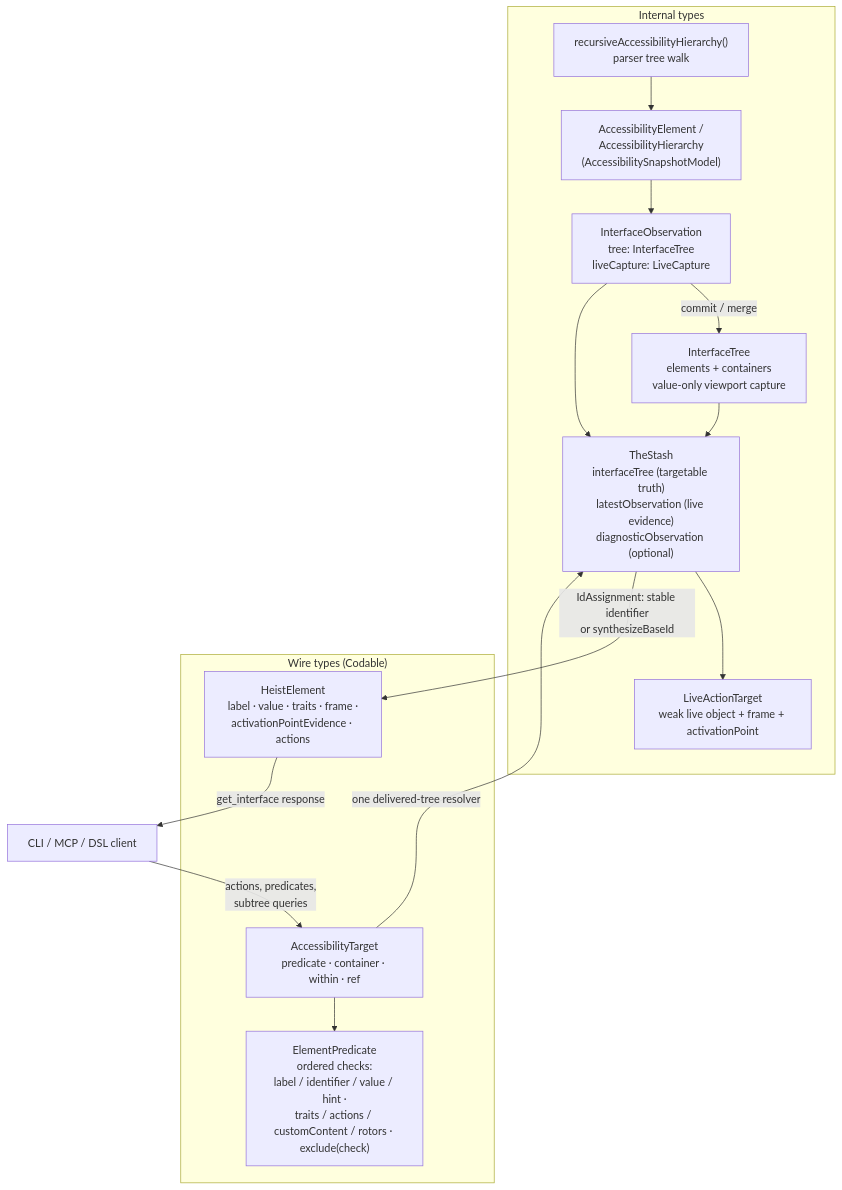
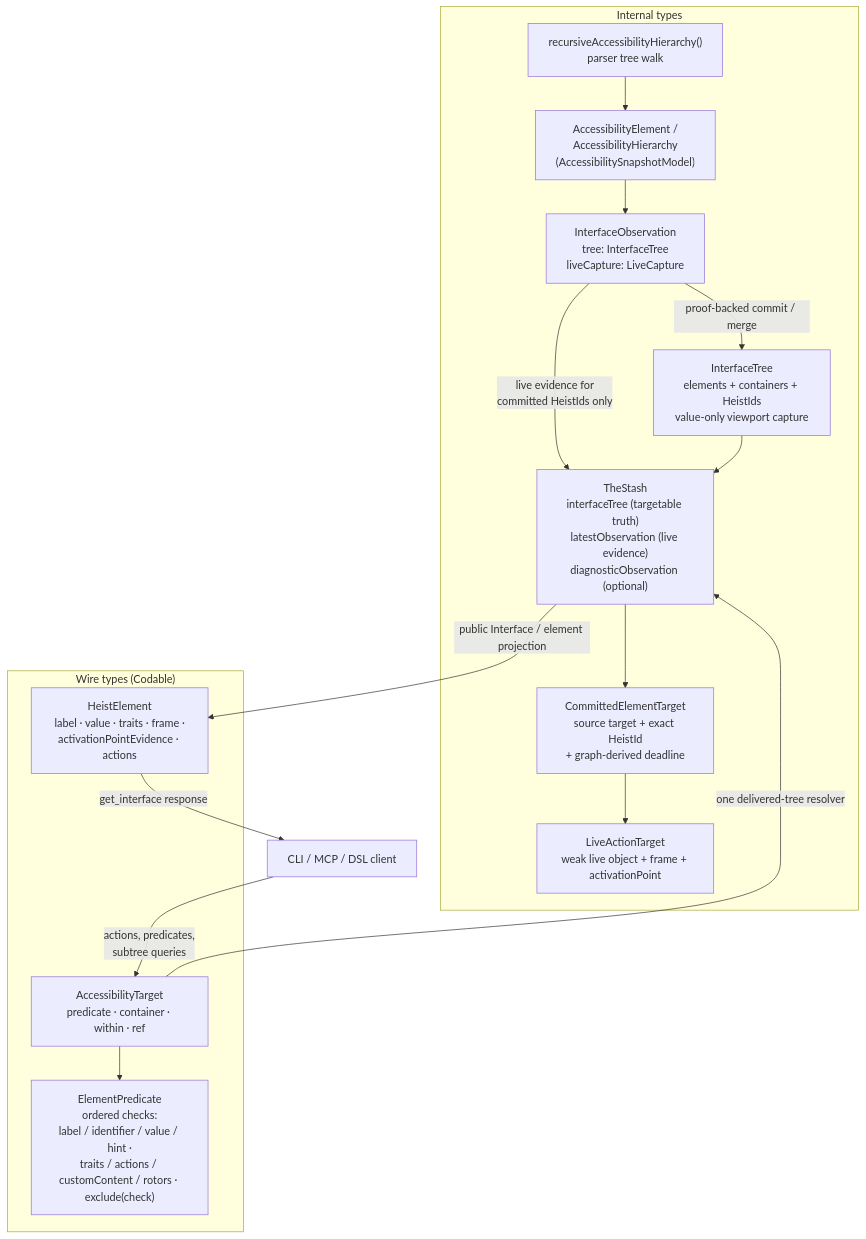
The diagram in docs/diagrams/currency-types.md (RoyalPineapple/TheButtonHeist), drawn with Mermaid before and after one commit. The commit also changed other lines of this file and 258 other files, not shown here.

````diff
--- a/docs/diagrams/currency-types.md
+++ b/docs/diagrams/currency-types.md
@@ -8,32 +8,34 @@
 ```mermaid
 flowchart TD
     subgraph internal["Internal types"]
         WALK["recursiveAccessibilityHierarchy()<br/>parser tree walk"]
         AXE["AccessibilityElement /<br/>AccessibilityHierarchy<br/>(AccessibilitySnapshotModel)"]
         OBS["InterfaceObservation<br/>tree: InterfaceTree<br/>liveCapture: LiveCapture"]
-        TREE["InterfaceTree<br/>elements + containers<br/>value-only viewport capture"]
+        TREE["InterfaceTree<br/>elements + containers + HeistIds<br/>value-only viewport capture"]
         STASH["TheStash<br/>interfaceTree (targetable truth)<br/>latestObservation (live evidence)<br/>diagnosticObservation (optional)"]
+        PIN["CommittedElementTarget<br/>source target + exact HeistId<br/>+ graph-derived deadline"]
         LIVET["LiveActionTarget<br/>weak live object + frame + activationPoint"]
         WALK --> AXE
         AXE --> OBS
-        OBS -- "commit / merge" --> TREE
-        OBS --> STASH
+        OBS -- "proof-backed commit / merge" --> TREE
+        OBS -- "live evidence for<br/>committed HeistIds only" --> STASH
         TREE --> STASH
-        STASH --> LIVET
+        STASH --> PIN
+        PIN --> LIVET
     end
 
     subgraph wireTypes["Wire types (Codable)"]
         HE["HeistElement<br/>label · value · traits · frame ·<br/>activationPointEvidence · actions"]
         ET["AccessibilityTarget<br/>predicate · container · within · ref"]
         EP["ElementPredicate<br/>ordered checks:<br/>label / identifier / value / hint ·<br/>traits / actions / customContent / rotors · exclude(check)"]
         HE ~~~ ET
         ET --> EP
     end
 
     CLIENT["CLI / MCP / DSL client"]
 
-    STASH -- "IdAssignment: stable identifier<br/>or synthesizeBaseId" --> HE
+    STASH -- "public Interface / element projection" --> HE
     HE -- "get_interface response" --> CLIENT
     CLIENT -- "actions, predicates,<br/>subtree queries" --> ET
     ET -- "one delivered-tree resolver" --> STASH
 ```
````
